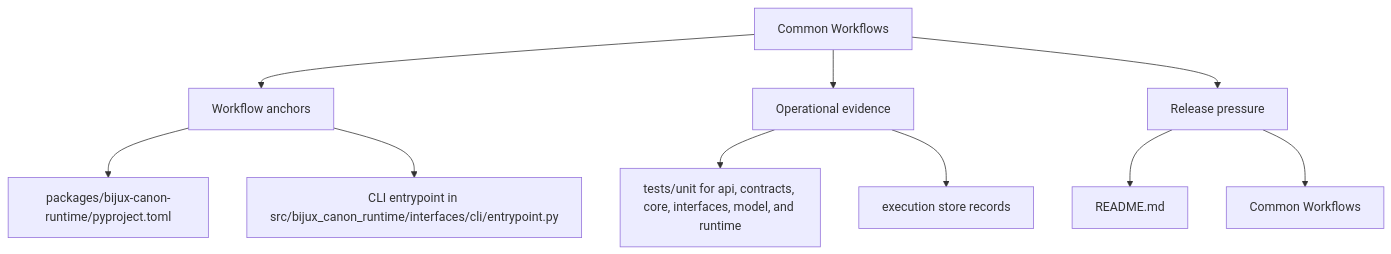
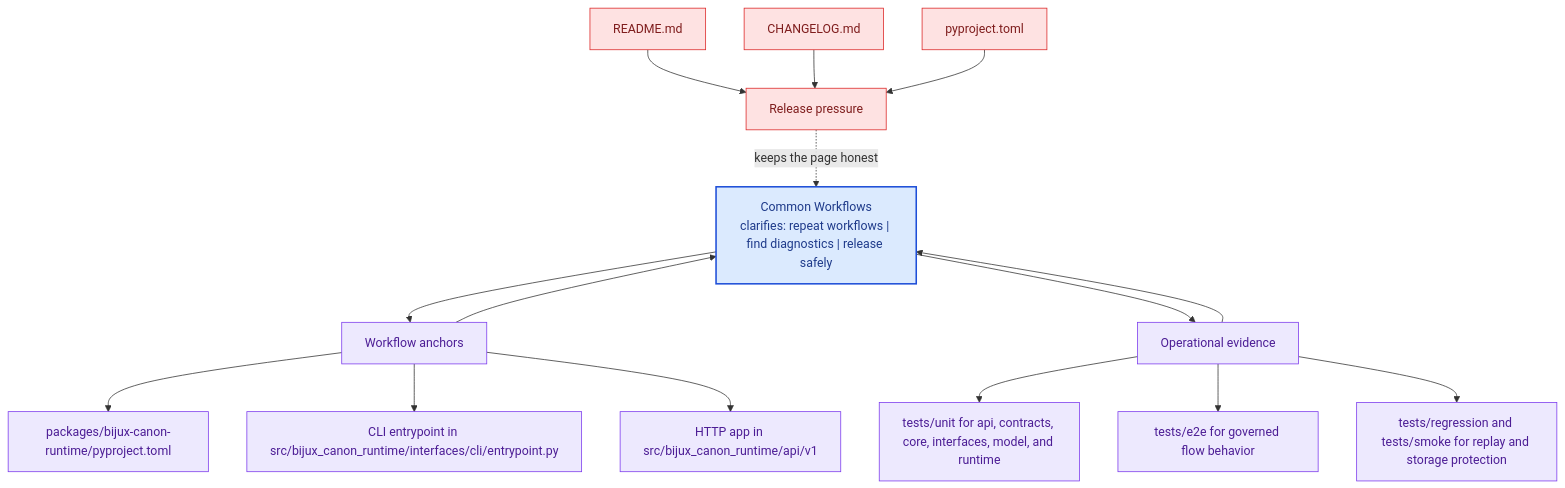
Before and after one commit to bijux/bijux-canon: the second of 2 diagrams in docs/bijux-canon-runtime/operations/common-workflows.md, drawn with Mermaid. The commit also changed other lines of this file and 281 other files, not shown here.

Commit message:
docs(diagrams): deepen handbook mermaid maps across the catalog

````diff
--- a/docs/bijux-canon-runtime/operations/common-workflows.md
+++ b/docs/bijux-canon-runtime/operations/common-workflows.md
@@ -34,22 +67,41 @@
 ```mermaid
-flowchart TD
-    page["Common Workflows"]
+flowchart TB
+    promise["Common Workflows<br/>clarifies: repeat workflows | find diagnostics | release safely"]
+    classDef promise fill:#dbeafe,stroke:#1d4ed8,color:#1e3a8a,stroke-width:2px;
+    classDef driver fill:#dcfce7,stroke:#16a34a,color:#14532d;
+    classDef constraint fill:#fee2e2,stroke:#dc2626,color:#7f1d1d;
+    classDef ground fill:#ede9fe,stroke:#7c3aed,color:#4c1d95;
     focus1["Workflow anchors"]
-    page --> focus1
+    focus1 --> promise
+    promise --> focus1
     focus1_1["packages/bijux-canon-runtime/pyproject.toml"]
     focus1 --> focus1_1
     focus1_2["CLI entrypoint in src/bijux_canon_runtime/interfaces/cli/entrypoint.py"]
     focus1 --> focus1_2
+    focus1_3["HTTP app in src/bijux_canon_runtime/api/v1"]
+    focus1 --> focus1_3
+    class focus1 ground;
+    class focus1_1,focus1_2,focus1_3 ground;
     focus2["Operational evidence"]
-    page --> focus2
+    focus2 --> promise
+    promise --> focus2
     focus2_1["tests/unit for api, contracts, core, interfaces, model, and runtime"]
     focus2 --> focus2_1
-    focus2_2["execution store records"]
+    focus2_2["tests/e2e for governed flow behavior"]
     focus2 --> focus2_2
+    focus2_3["tests/regression and tests/smoke for replay and storage protection"]
+    focus2 --> focus2_3
+    class focus2 ground;
+    class focus2_1,focus2_2,focus2_3 ground;
     focus3["Release pressure"]
-    page --> focus3
+    focus3 -.keeps the page honest.-> promise
     focus3_1["README.md"]
-    focus3 --> focus3_1
-    focus3_2["Common Workflows"]
-    focus3 --> focus3_2
+    focus3_1 --> focus3
+    focus3_2["CHANGELOG.md"]
+    focus3_2 --> focus3
+    focus3_3["pyproject.toml"]
+    focus3_3 --> focus3
+    class focus3 constraint;
+    class focus3_1,focus3_2,focus3_3 constraint;
+    class promise promise;
 ```
````
